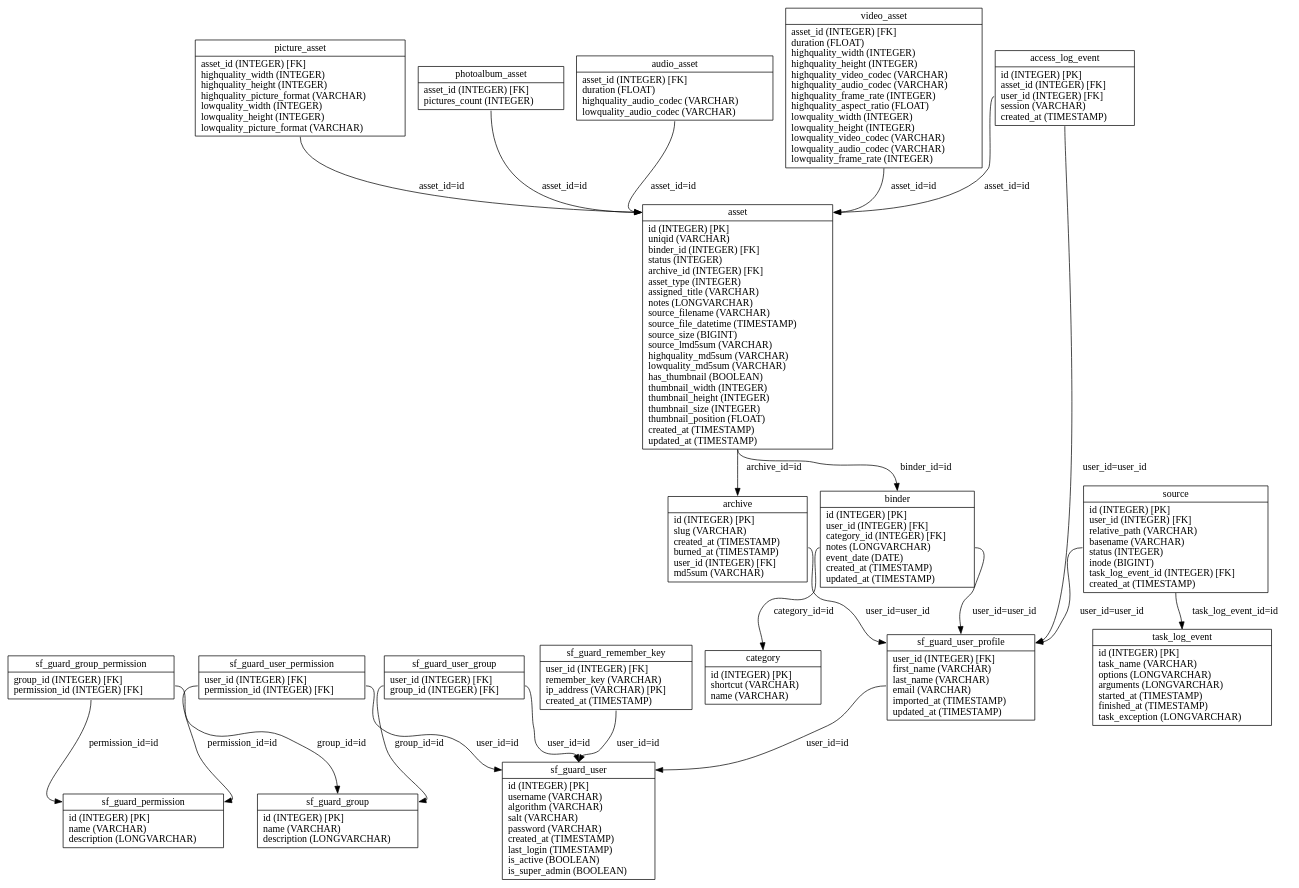
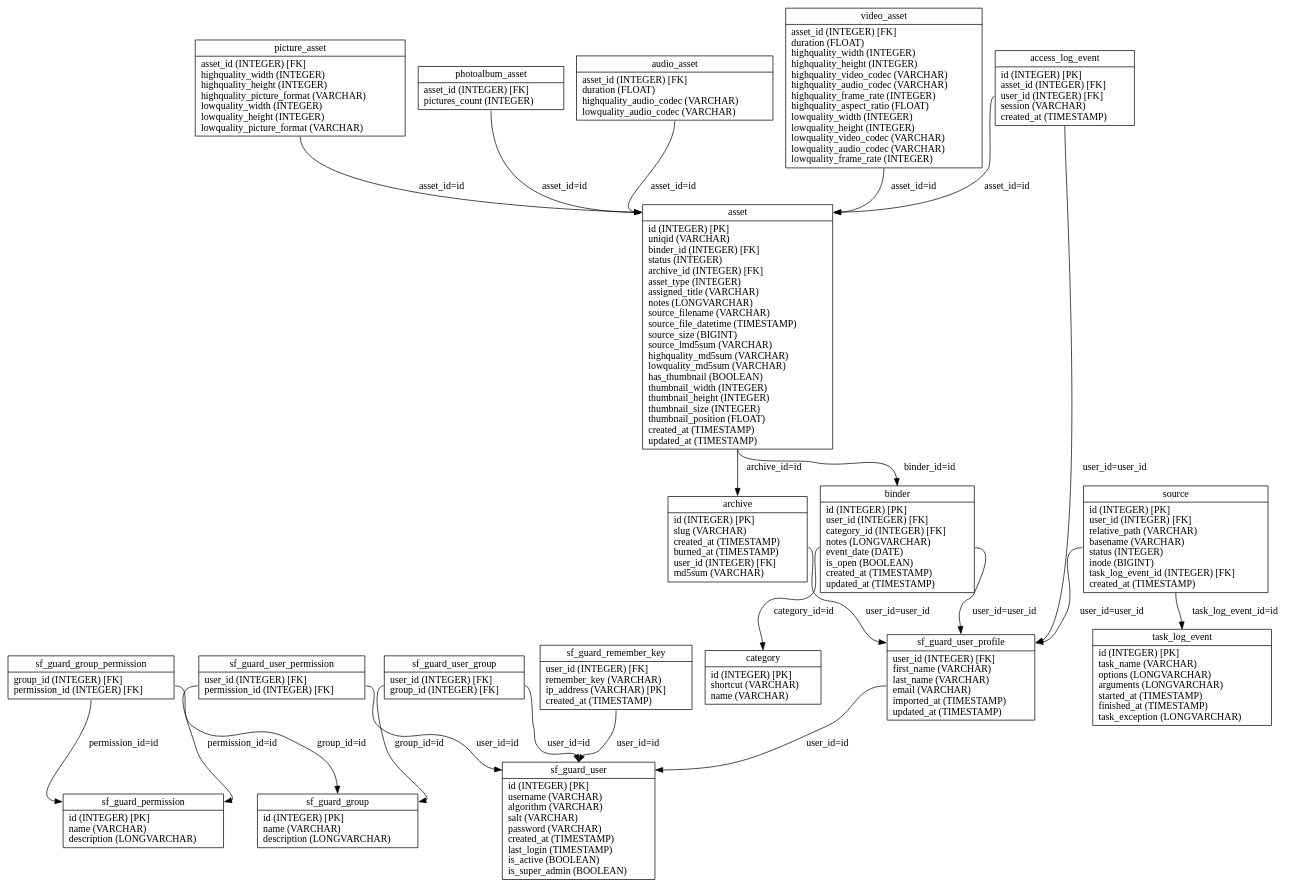
The diagram in graph/propel.schema.dot (loristissino/wviola), drawn with Graphviz before and after one commit. The commit also changed 75 other files, not shown here.

Commit message:
added is_open binder property and management

```diff
--- a/graph/propel.schema.dot
+++ b/graph/propel.schema.dot
@@ -1,43 +1,43 @@
 digraph G {
 nodesf_guard_group [label="{<table>sf_guard_group|<cols>id (INTEGER) [PK]\lname (VARCHAR)\ldescription (LONGVARCHAR)\l}", shape=record];
 nodesf_guard_permission [label="{<table>sf_guard_permission|<cols>id (INTEGER) [PK]\lname (VARCHAR)\ldescription (LONGVARCHAR)\l}", shape=record];
 nodesf_guard_group_permission [label="{<table>sf_guard_group_permission|<cols>group_id (INTEGER) [FK]\lpermission_id (INTEGER) [FK]\l}", shape=record];
 nodesf_guard_user [label="{<table>sf_guard_user|<cols>id (INTEGER) [PK]\lusername (VARCHAR)\lalgorithm (VARCHAR)\lsalt (VARCHAR)\lpassword (VARCHAR)\lcreated_at (TIMESTAMP)\llast_login (TIMESTAMP)\lis_active (BOOLEAN)\lis_super_admin (BOOLEAN)\l}", shape=record];
 nodesf_guard_user_permission [label="{<table>sf_guard_user_permission|<cols>user_id (INTEGER) [FK]\lpermission_id (INTEGER) [FK]\l}", shape=record];
 nodesf_guard_user_group [label="{<table>sf_guard_user_group|<cols>user_id (INTEGER) [FK]\lgroup_id (INTEGER) [FK]\l}", shape=record];
 nodesf_guard_remember_key [label="{<table>sf_guard_remember_key|<cols>user_id (INTEGER) [FK]\lremember_key (VARCHAR)\lip_address (VARCHAR) [PK]\lcreated_at (TIMESTAMP)\l}", shape=record];
 nodesf_guard_user_profile [label="{<table>sf_guard_user_profile|<cols>user_id (INTEGER) [FK]\lfirst_name (VARCHAR)\llast_name (VARCHAR)\lemail (VARCHAR)\limported_at (TIMESTAMP)\lupdated_at (TIMESTAMP)\l}", shape=record];
 nodeasset [label="{<table>asset|<cols>id (INTEGER) [PK]\luniqid (VARCHAR)\lbinder_id (INTEGER) [FK]\lstatus (INTEGER)\larchive_id (INTEGER) [FK]\lasset_type (INTEGER)\lassigned_title (VARCHAR)\lnotes (LONGVARCHAR)\lsource_filename (VARCHAR)\lsource_file_datetime (TIMESTAMP)\lsource_size (BIGINT)\lsource_lmd5sum (VARCHAR)\lhighquality_md5sum (VARCHAR)\llowquality_md5sum (VARCHAR)\lhas_thumbnail (BOOLEAN)\lthumbnail_width (INTEGER)\lthumbnail_height (INTEGER)\lthumbnail_size (INTEGER)\lthumbnail_position (FLOAT)\lcreated_at (TIMESTAMP)\lupdated_at (TIMESTAMP)\l}", shape=record];
 nodevideo_asset [label="{<table>video_asset|<cols>asset_id (INTEGER) [FK]\lduration (FLOAT)\lhighquality_width (INTEGER)\lhighquality_height (INTEGER)\lhighquality_video_codec (VARCHAR)\lhighquality_audio_codec (VARCHAR)\lhighquality_frame_rate (INTEGER)\lhighquality_aspect_ratio (FLOAT)\llowquality_width (INTEGER)\llowquality_height (INTEGER)\llowquality_video_codec (VARCHAR)\llowquality_audio_codec (VARCHAR)\llowquality_frame_rate (INTEGER)\l}", shape=record];
 nodepicture_asset [label="{<table>picture_asset|<cols>asset_id (INTEGER) [FK]\lhighquality_width (INTEGER)\lhighquality_height (INTEGER)\lhighquality_picture_format (VARCHAR)\llowquality_width (INTEGER)\llowquality_height (INTEGER)\llowquality_picture_format (VARCHAR)\l}", shape=record];
 nodephotoalbum_asset [label="{<table>photoalbum_asset|<cols>asset_id (INTEGER) [FK]\lpictures_count (INTEGER)\l}", shape=record];
 nodeaudio_asset [label="{<table>audio_asset|<cols>asset_id (INTEGER) [FK]\lduration (FLOAT)\lhighquality_audio_codec (VARCHAR)\llowquality_audio_codec (VARCHAR)\l}", shape=record];
-nodebinder [label="{<table>binder|<cols>id (INTEGER) [PK]\luser_id (INTEGER) [FK]\lcategory_id (INTEGER) [FK]\lnotes (LONGVARCHAR)\levent_date (DATE)\lcreated_at (TIMESTAMP)\lupdated_at (TIMESTAMP)\l}", shape=record];
+nodebinder [label="{<table>binder|<cols>id (INTEGER) [PK]\luser_id (INTEGER) [FK]\lcategory_id (INTEGER) [FK]\lnotes (LONGVARCHAR)\levent_date (DATE)\lis_open (BOOLEAN)\lcreated_at (TIMESTAMP)\lupdated_at (TIMESTAMP)\l}", shape=record];
 nodearchive [label="{<table>archive|<cols>id (INTEGER) [PK]\lslug (VARCHAR)\lcreated_at (TIMESTAMP)\lburned_at (TIMESTAMP)\luser_id (INTEGER) [FK]\lmd5sum (VARCHAR)\l}", shape=record];
 nodecategory [label="{<table>category|<cols>id (INTEGER) [PK]\lshortcut (VARCHAR)\lname (VARCHAR)\l}", shape=record];
 nodeaccess_log_event [label="{<table>access_log_event|<cols>id (INTEGER) [PK]\lasset_id (INTEGER) [FK]\luser_id (INTEGER) [FK]\lsession (VARCHAR)\lcreated_at (TIMESTAMP)\l}", shape=record];
 nodetask_log_event [label="{<table>task_log_event|<cols>id (INTEGER) [PK]\ltask_name (VARCHAR)\loptions (LONGVARCHAR)\larguments (LONGVARCHAR)\lstarted_at (TIMESTAMP)\lfinished_at (TIMESTAMP)\ltask_exception (LONGVARCHAR)\l}", shape=record];
 nodesource [label="{<table>source|<cols>id (INTEGER) [PK]\luser_id (INTEGER) [FK]\lrelative_path (VARCHAR)\lbasename (VARCHAR)\lstatus (INTEGER)\linode (BIGINT)\ltask_log_event_id (INTEGER) [FK]\lcreated_at (TIMESTAMP)\l}", shape=record];
 
 nodesf_guard_group_permission:cols -> nodesf_guard_group:table [label="group_id=id "];
 nodesf_guard_group_permission:cols -> nodesf_guard_permission:table [label="permission_id=id "];
 nodesf_guard_user_permission:cols -> nodesf_guard_user:table [label="user_id=id "];
 nodesf_guard_user_permission:cols -> nodesf_guard_permission:table [label="permission_id=id "];
 nodesf_guard_user_group:cols -> nodesf_guard_user:table [label="user_id=id "];
 nodesf_guard_user_group:cols -> nodesf_guard_group:table [label="group_id=id "];
 nodesf_guard_remember_key:cols -> nodesf_guard_user:table [label="user_id=id "];
 nodesf_guard_user_profile:cols -> nodesf_guard_user:table [label="user_id=id "];
 nodeasset:cols -> nodebinder:table [label="binder_id=id "];
 nodeasset:cols -> nodearchive:table [label="archive_id=id "];
 nodevideo_asset:cols -> nodeasset:table [label="asset_id=id "];
 nodepicture_asset:cols -> nodeasset:table [label="asset_id=id "];
 nodephotoalbum_asset:cols -> nodeasset:table [label="asset_id=id "];
 nodeaudio_asset:cols -> nodeasset:table [label="asset_id=id "];
 nodebinder:cols -> nodesf_guard_user_profile:table [label="user_id=user_id "];
 nodebinder:cols -> nodecategory:table [label="category_id=id "];
 nodearchive:cols -> nodesf_guard_user_profile:table [label="user_id=user_id "];
 nodeaccess_log_event:cols -> nodeasset:table [label="asset_id=id "];
 nodeaccess_log_event:cols -> nodesf_guard_user_profile:table [label="user_id=user_id "];
 nodesource:cols -> nodesf_guard_user_profile:table [label="user_id=user_id "];
 nodesource:cols -> nodetask_log_event:table [label="task_log_event_id=id "];
 }
```
